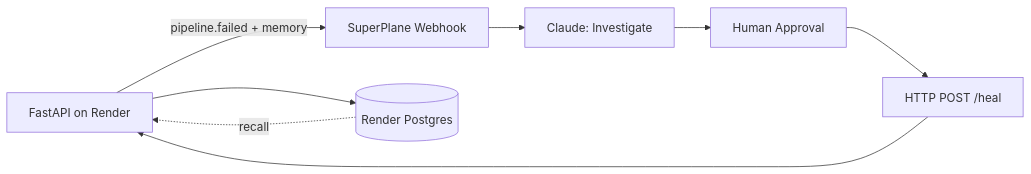
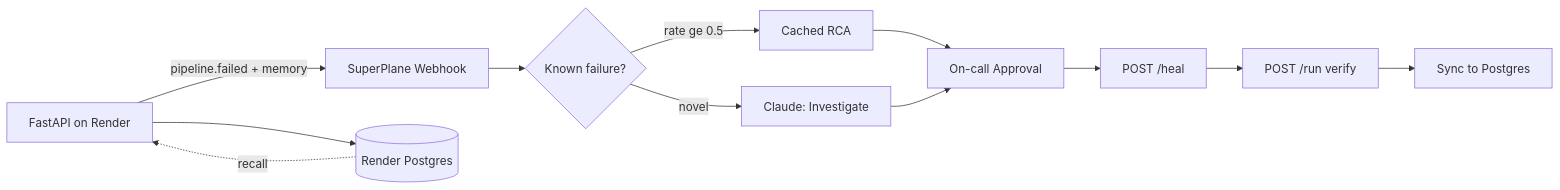
The diagram in README.md (madhukoseke/de-guardian), drawn with Mermaid before and after one commit. The commit also changed other lines of this file and 27 other files, not shown here.

First line of the commit message:
Harden DE-Guardian for production: auth, memory-first canvas, and verify flow.

````diff
--- a/README.md
+++ b/README.md
@@ -27,10 +29,14 @@
 ```mermaid
 flowchart LR
   Demo[FastAPI on Render] -->|pipeline.failed + memory| Webhook[SuperPlane Webhook]
-  Webhook --> Claude[Claude: Investigate]
-  Claude --> Approval[Human Approval]
-  Approval --> Heal[HTTP POST /heal]
-  Heal --> Demo
+  Webhook --> If{Known failure?}
+  If -->|rate ge 0.5| FastPath[Cached RCA]
+  If -->|novel| Claude[Claude: Investigate]
+  FastPath --> Approval[On-call Approval]
+  Claude --> Approval
+  Approval --> Heal[POST /heal]
+  Heal --> Verify[POST /run verify]
+  Verify --> Sync[Sync to Postgres]
   Demo --> PG[(Render Postgres)]
   PG -.recall.-> Demo
 ```
````
